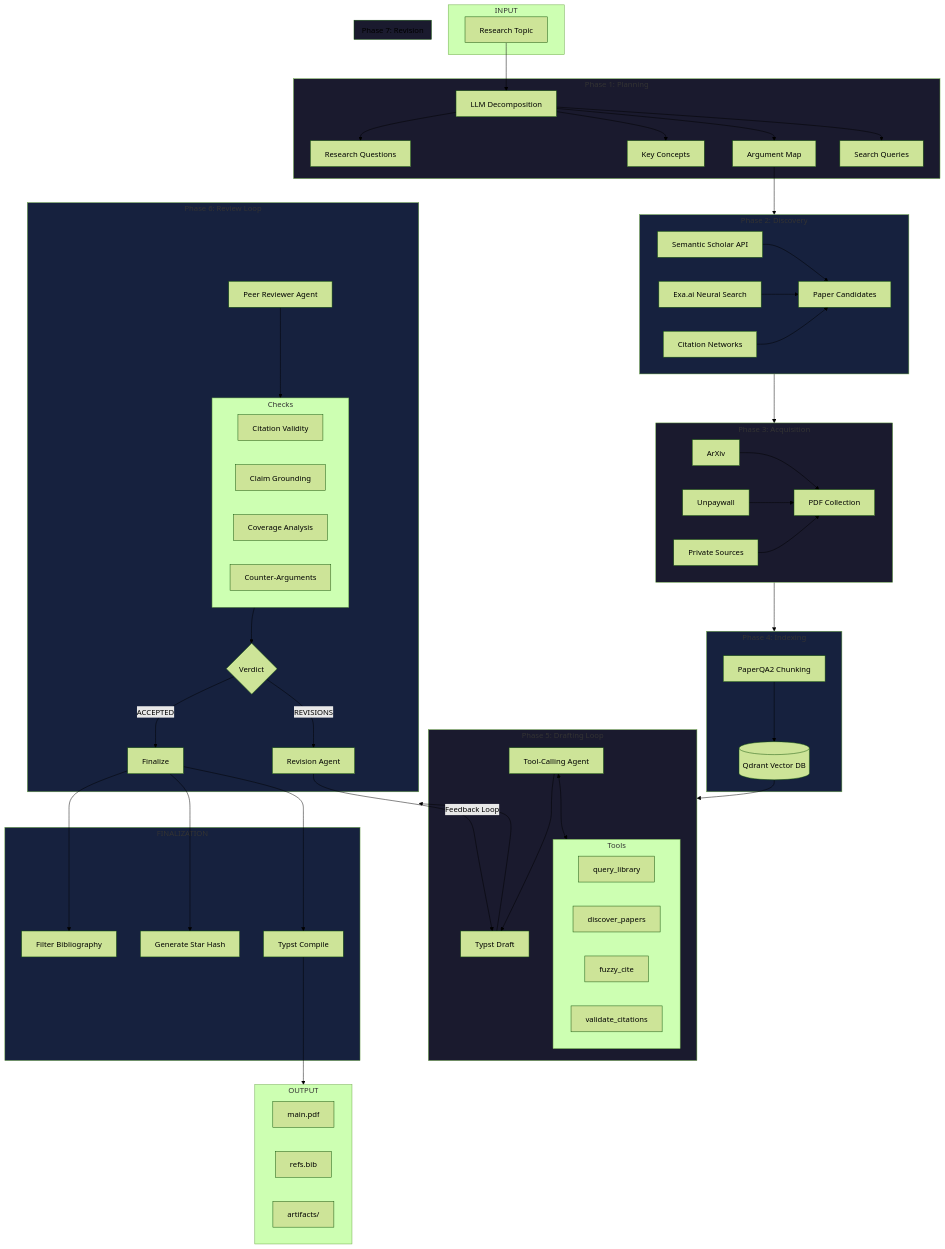
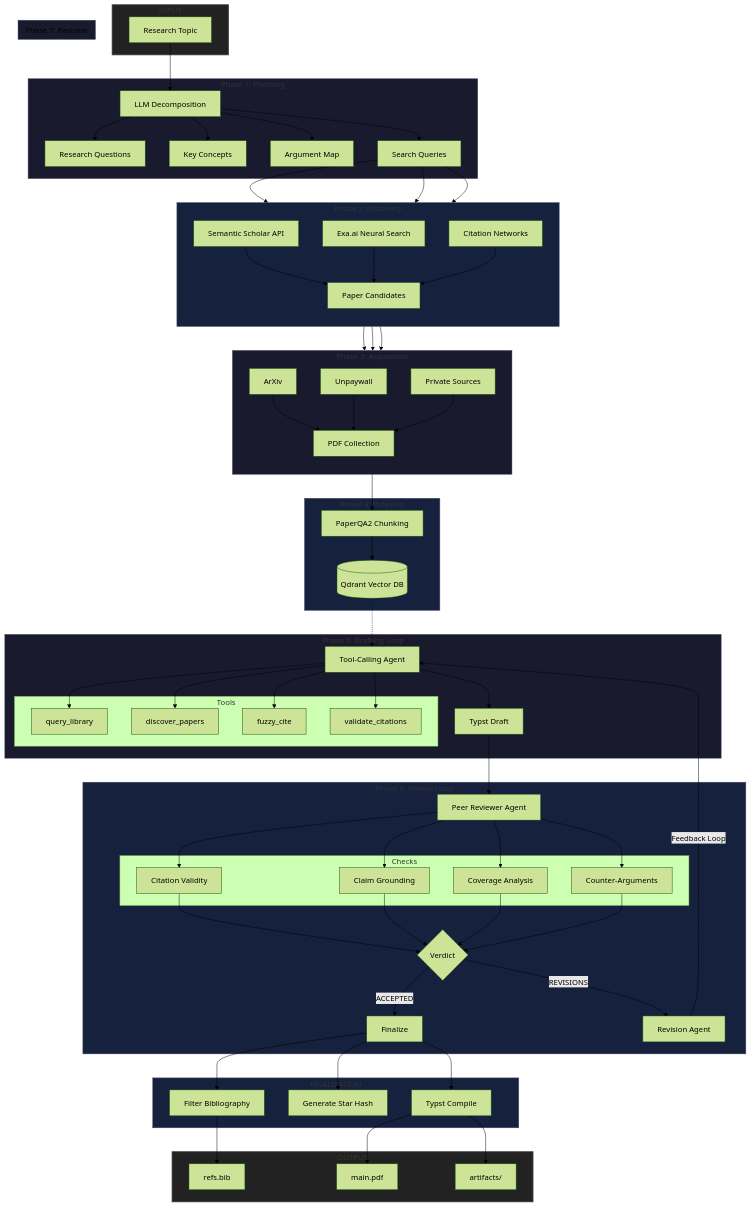
One commit to gbrlpzz/research-agent-cli changed the diagram in README.md. Above: the diagram before and after it, drawn with Mermaid (forest theme). The commit also changed other lines of this file, not shown here.

Commit message:
docs: fix mermaid syntax and diagram rendering

````diff
--- a/README.md
+++ b/README.md
@@ -21,35 +21,41 @@
     end
 
     subgraph DISCOVERY["Phase 2: Discovery"]
-        direction LR
+        direction TB
         SS[Semantic Scholar API]
         Exa[Exa.ai Neural Search]
         Cite[Citation Networks]
-        SS --> Papers
+        Queries --> SS
+        Queries --> Exa
+        Queries --> Cite
+        SS --> Papers[Paper Candidates]
         Exa --> Papers
         Cite --> Papers
-        Papers[Paper Candidates]
     end
 
     subgraph ACQUISITION["Phase 3: Acquisition"]
-        direction LR
+        direction TB
         ArXiv[ArXiv]
         Unpay[Unpaywall]
         Private[Private Sources]
-        ArXiv --> PDFs
+        Papers --> ArXiv
+        Papers --> Unpay
+        Papers --> Private
+        ArXiv --> PDFs[PDF Collection]
         Unpay --> PDFs
         Private --> PDFs
-        PDFs[PDF Collection]
     end
 
     subgraph INDEXING["Phase 4: Indexing"]
         PaperQA[PaperQA2 Chunking]
         Qdrant[(Qdrant Vector DB)]
+        PDFs --> PaperQA
         PaperQA --> Qdrant
     end
 
     subgraph DRAFTING["Phase 5: Drafting Loop"]
         Agent[Tool-Calling Agent]
+        Qdrant -.-> Agent
         
         subgraph Tools
             T1[query_library]
@@ -58,12 +64,16 @@
             T4[validate_citations]
         end
         
-        Agent <--> Tools
+        Agent --> T1
+        Agent --> T2
+        Agent --> T3
+        Agent --> T4
         Agent --> Draft[Typst Draft]
     end
 
     subgraph REVIEW["Phase 6: Review Loop"]
         Reviewer[Peer Reviewer Agent]
+        Draft --> Reviewer
         
         subgraph Checks
             C1[Citation Validity]
@@ -72,44 +82,44 @@
             C4[Counter-Arguments]
         end
         
-        Reviewer --> Checks
-        Checks --> Verdict{Verdict}
-        Verdict -->|ACCEPTED| Final
-        Verdict -->|REVISIONS| Revise
+        Reviewer --> C1
+        Reviewer --> C2
+        Reviewer --> C3
+        Reviewer --> C4
+        C1 --> Verdict{Verdict}
+        C2 --> Verdict
+        C3 --> Verdict
+        C4 --> Verdict
+        Verdict -->|ACCEPTED| Final[Finalize]
+        Verdict -->|REVISIONS| Revise[Revision Agent]
     end
 
     subgraph REVISION["Phase 7: Revision"]
-        Revise[Revision Agent]
-        Revise --> |Feedback Loop| Draft
+        Revise --> |Feedback Loop| Agent
     end
 
     subgraph FINALIZATION
-        Final[Finalize]
         Final --> BibFilter[Filter Bibliography]
         Final --> StarHash[Generate Star Hash]
         Final --> Compile[Typst Compile]
     end
 
     subgraph OUTPUT
-        PDF[main.pdf]
-        Bib[refs.bib]
-        Artifacts[artifacts/]
+        Compile --> PDF[main.pdf]
+        BibFilter --> Bib[refs.bib]
+        Compile --> Artifacts[artifacts/]
     end
 
     Topic --> Plan
-    ArgMap --> DISCOVERY
-    Papers --> ACQUISITION
-    PDFs --> INDEXING
-    Qdrant --> DRAFTING
-    Draft --> REVIEW
-    Compile --> OUTPUT
 
-    style PLANNING fill:#1a1a2e
-    style DISCOVERY fill:#16213e
-    style ACQUISITION fill:#1a1a2e
-    style INDEXING fill:#16213e
-    style DRAFTING fill:#1a1a2e
-    style REVIEW fill:#16213e
-    style REVISION fill:#1a1a2e
-    style FINALIZATION fill:#16213e
+    style INPUT fill:#222,stroke:#333,stroke-width:2px
+    style PLANNING fill:#1a1a2e,stroke:#4a4e69
+    style DISCOVERY fill:#16213e,stroke:#4a4e69
+    style ACQUISITION fill:#1a1a2e,stroke:#4a4e69
+    style INDEXING fill:#16213e,stroke:#4a4e69
+    style DRAFTING fill:#1a1a2e,stroke:#4a4e69
+    style REVIEW fill:#16213e,stroke:#4a4e69
+    style REVISION fill:#1a1a2e,stroke:#4a4e69
+    style FINALIZATION fill:#16213e,stroke:#4a4e69
+    style OUTPUT fill:#222,stroke:#333,stroke-width:2px
 ```
````
